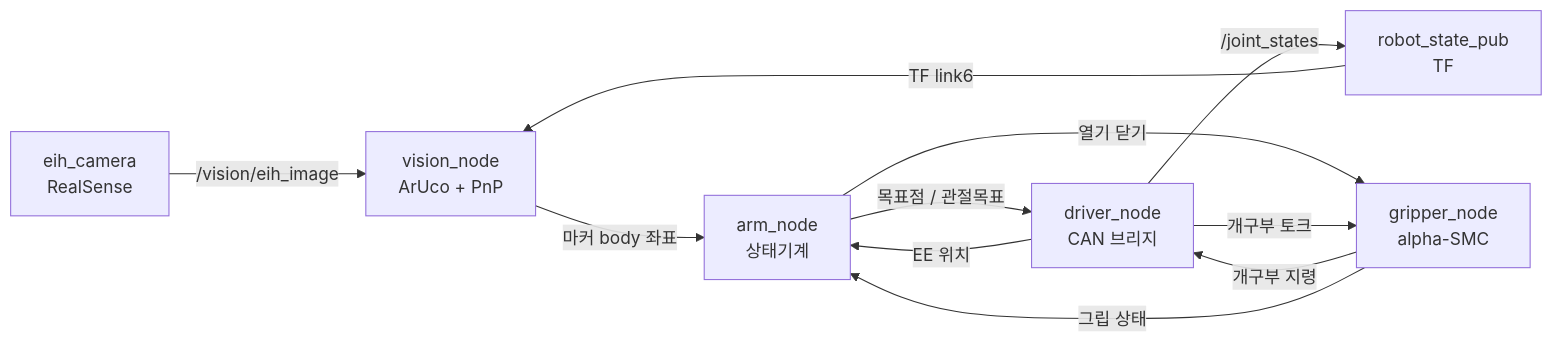
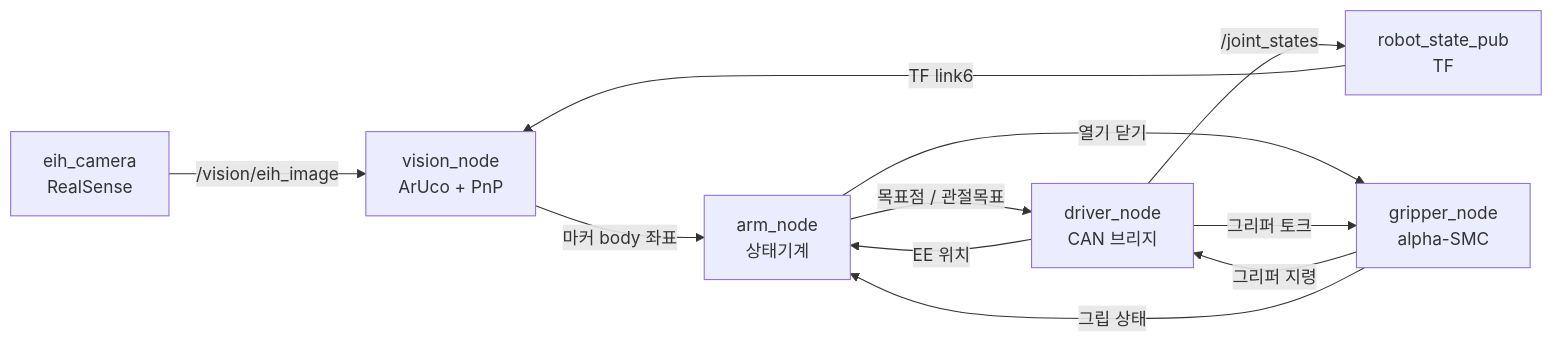
The diagram in README.md (DH-LDH/piper_ws), drawn with Mermaid before and after one commit. The commit also changed other lines of this file, not shown here.

````diff
--- a/README.md
+++ b/README.md
@@ -17,13 +17,13 @@
 ```mermaid
 flowchart LR
   CAM[eih_camera<br/>RealSense] -->|/vision/eih_image| VIS[vision_node<br/>ArUco + PnP]
   DRV[driver_node<br/>CAN 브리지] -->|/joint_states| RSP[robot_state_pub<br/>TF]
   RSP -->|TF link6| VIS
   VIS -->|마커 body 좌표| ARM[arm_node<br/>상태기계]
   ARM -->|목표점 / 관절목표| DRV
   ARM -->|열기 닫기| GRP[gripper_node<br/>alpha-SMC]
-  GRP -->|개구부 지령| DRV
-  DRV -->|개구부 토크| GRP
+  GRP -->|그리퍼 지령| DRV
+  DRV -->|그리퍼 토크| GRP
   GRP -->|그립 상태| ARM
   DRV -->|EE 위치| ARM
 ```
````
